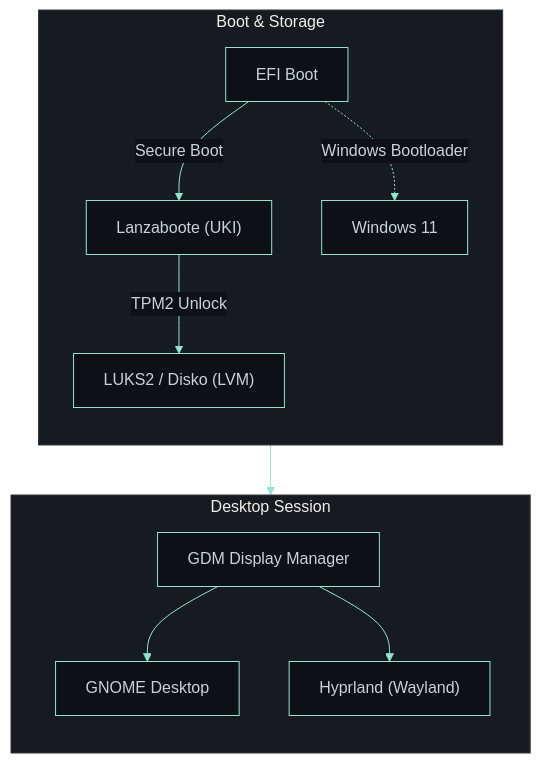
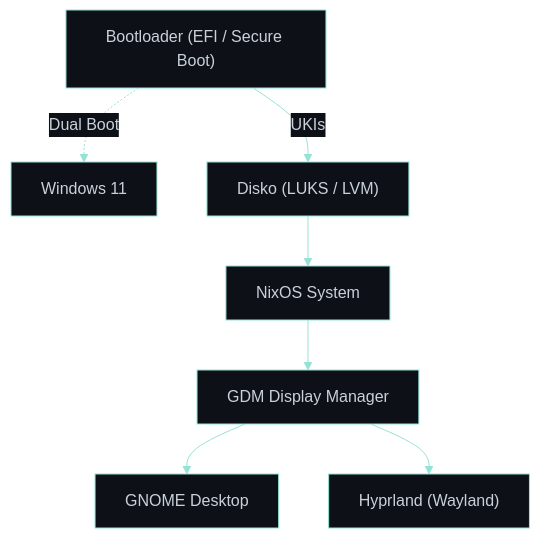
The diagram in README.md (RomeoCavazza/nixos-config), drawn with Mermaid before and after one commit.

Commit message:
docs: simplify mermaid diagram to 7 core nodes (boot, windows, disko, nixos, gdm, gnome, hyprland)

````diff
--- a/README.md
+++ b/README.md
@@ -33,17 +33,11 @@
 ```mermaid
 %%{init: {'theme': 'base', 'themeVariables': { 'primaryColor': '#161b22', 'secondaryColor': '#0d1117', 'tertiaryColor': '#0d1117', 'primaryBorderColor': '#94e2d5', 'lineColor': '#94e2d5', 'primaryTextColor': '#c9d1d9', 'mainBkg': '#0d1117', 'clusterBkg': '#161b22', 'clusterBorder': '#30363d' }}}%%
 flowchart TB
-  subgraph BOOT ["Boot & Storage"]
-    direction TB
-    ESP["EFI Boot"] -->|"Secure Boot"| LB["Lanzaboote (UKI)"]
-    ESP -.->|"Windows Bootloader"| WIN["Windows 11"]
-    LB -->|"TPM2 Unlock"| LUKS["LUKS2 / Disko (LVM)"]
-  end
-
-  subgraph SESSION ["Desktop Session"]
-    direction TB
-    LUKS --> GDM["GDM Display Manager"]
-    GDM --> GNOME["GNOME Desktop"]
-    GDM --> HYPR["Hyprland (Wayland)"]
-  end
+  boot["Bootloader (EFI / Secure Boot)"]
+  boot -.->|"Dual Boot"| windows["Windows 11"]
+  boot -->|"UKIs"| disko["Disko (LUKS / LVM)"]
+  disko --> nixos["NixOS System"]
+  nixos --> gdm["GDM Display Manager"]
+  gdm --> gnome["GNOME Desktop"]
+  gdm --> hyprland["Hyprland (Wayland)"]
 ```
````
